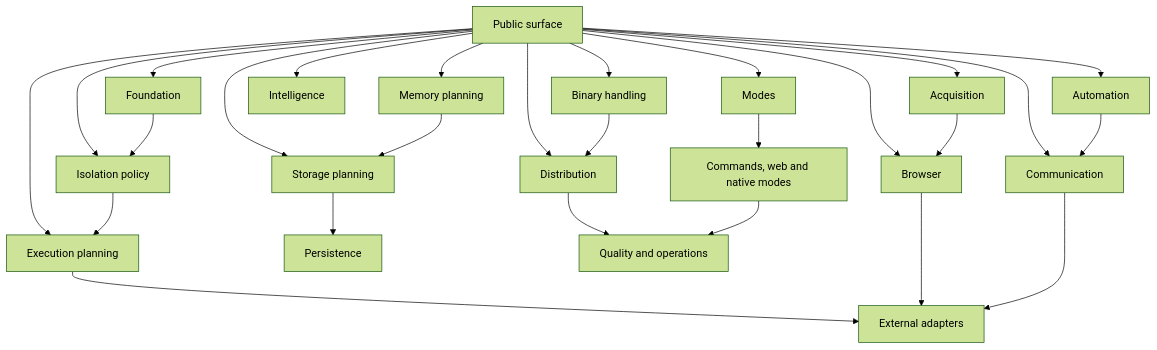
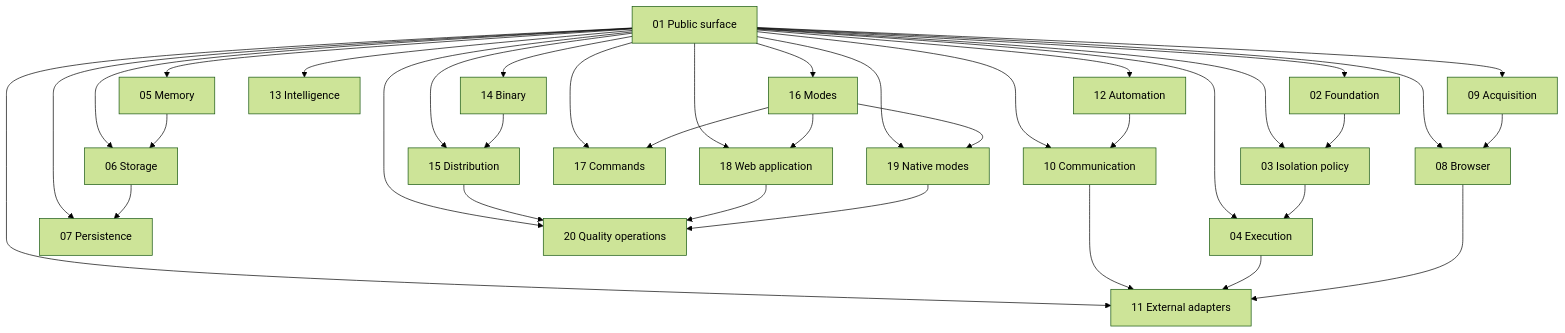
The diagram in saddle/docs/architecture1819.md (wenathlan/devthink), drawn with Mermaid (forest theme) before and after one commit. The commit also changed other lines of this file and 720 other files, not shown here.

````diff
--- a/saddle/docs/architecture1819.md
+++ b/saddle/docs/architecture1819.md
@@ -38,29 +5,35 @@
 ```mermaid
 flowchart TD
-  public[Public surface] --> foundation[Foundation]
-  public --> policy[Isolation policy]
-  public --> execution[Execution planning]
-  public --> memory[Memory planning]
-  public --> storage[Storage planning]
-  public --> browser[Browser]
-  public --> acquisition[Acquisition]
-  public --> communication[Communication]
-  public --> automation[Automation]
-  public --> intelligence[Intelligence]
-  public --> binary[Binary handling]
-  public --> distribution[Distribution]
-  public --> modes[Modes]
+  public[01 Public surface] --> foundation[02 Foundation]
+  public --> policy[03 Isolation policy]
+  public --> execution[04 Execution]
+  public --> memory[05 Memory]
+  public --> storage[06 Storage]
+  public --> persistence[07 Persistence]
+  public --> browser[08 Browser]
+  public --> acquisition[09 Acquisition]
+  public --> communication[10 Communication]
+  public --> integration[11 External adapters]
+  public --> automation[12 Automation]
+  public --> intelligence[13 Intelligence]
+  public --> binary[14 Binary]
+  public --> distribution[15 Distribution]
+  public --> modes[16 Modes]
+  public --> commands[17 Commands]
+  public --> web[18 Web application]
+  public --> native[19 Native modes]
+  public --> quality[20 Quality operations]
   foundation --> policy
   policy --> execution
-  memory --> storage
-  storage --> persistence[Persistence]
+  memory --> storage --> persistence
   acquisition --> browser
-  automation --> communication
-  execution --> adapters[External adapters]
-  browser --> adapters
-  communication --> adapters
-  binary --> distribution
-  modes --> surfaces[Commands, web and native modes]
-  distribution --> operations[Quality and operations]
-  surfaces --> operations
+  automation --> communication --> integration
+  execution --> integration
+  browser --> integration
+  binary --> distribution --> quality
+  modes --> commands
+  modes --> web
+  modes --> native
+  web --> quality
+  native --> quality
 ```
````
